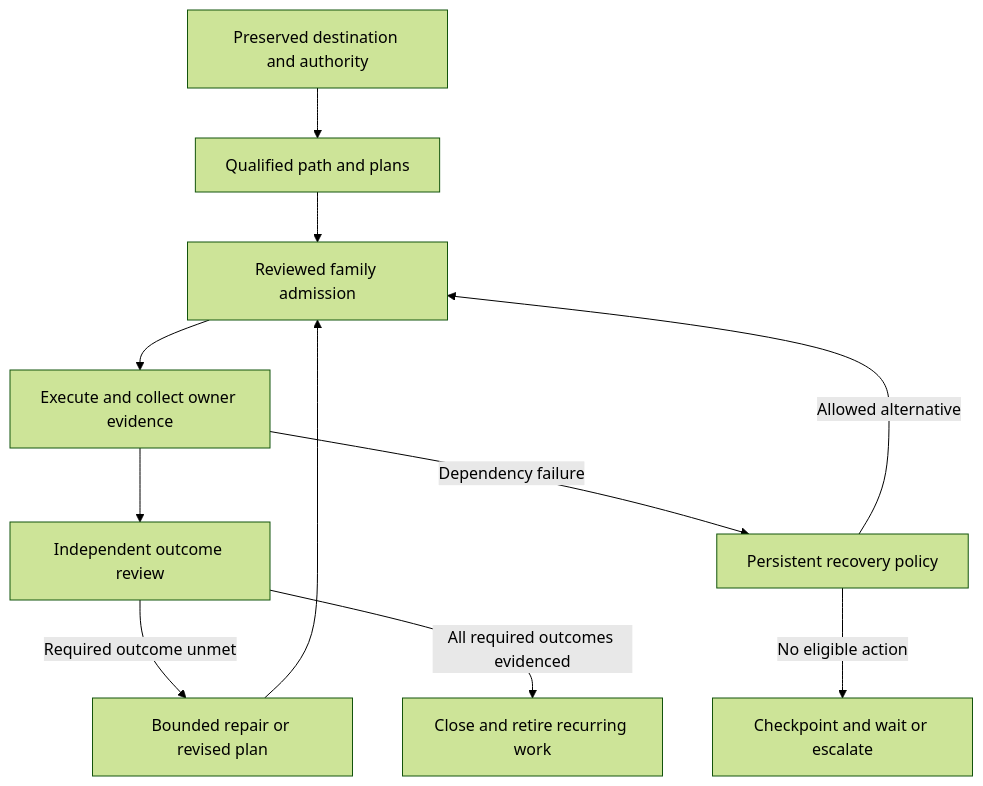
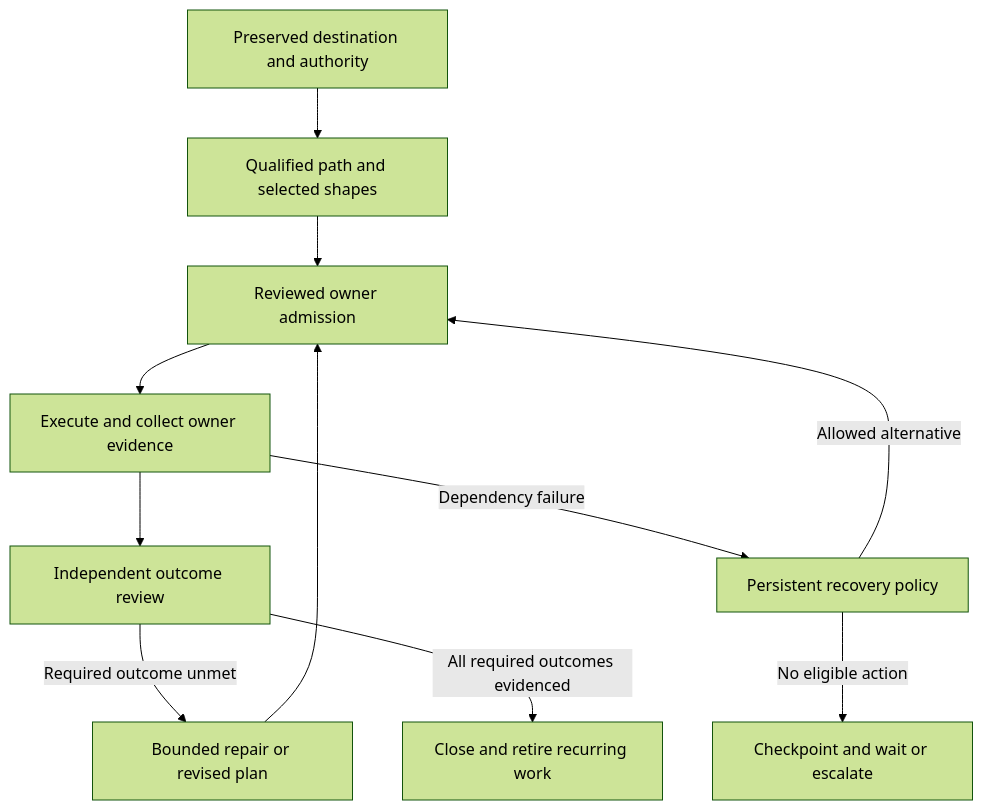
The diagram in scenarios/prompt-manager/store/skills/packs/core/large-effort-orchestration/SKILL.md (Vrooli/Vrooli), drawn with Mermaid (forest theme) before and after one commit. The commit also changed other lines of this file and 491 other files, not shown here.

````diff
--- a/scenarios/prompt-manager/store/skills/packs/core/large-effort-orchestration/SKILL.md
+++ b/scenarios/prompt-manager/store/skills/packs/core/large-effort-orchestration/SKILL.md
@@ -97,13 +130,13 @@
 ```mermaid
 flowchart TD
-    A[Preserved destination and authority] --> B[Qualified path and plans]
-    B --> C[Reviewed family admission]
+    A[Preserved destination and authority] --> B[Qualified path and selected shapes]
+    B --> C[Reviewed owner admission]
     C --> D[Execute and collect owner evidence]
     D --> E[Independent outcome review]
     E -->|Required outcome unmet| F[Bounded repair or revised plan]
     F --> C
     E -->|All required outcomes evidenced| G[Close and retire recurring work]
     D -->|Dependency failure| H[Persistent recovery policy]
     H -->|Allowed alternative| C
     H -->|No eligible action| I[Checkpoint and wait or escalate]
 ```
````
